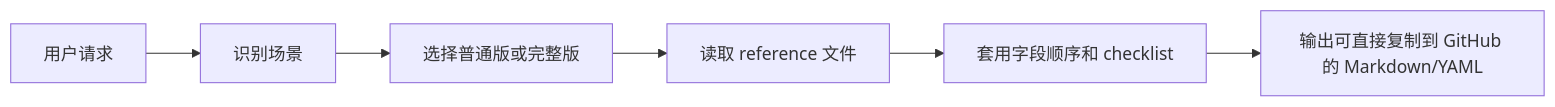
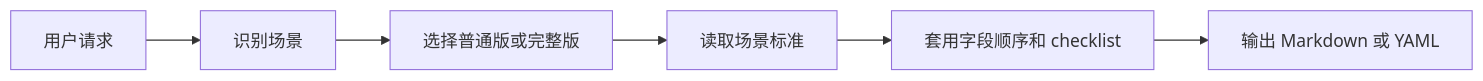
The first of 2 diagrams in README.md (PINKIIILQWQ/oh-my-gh-writing), drawn with Mermaid before and after one commit. The commit also changed other lines of this file and 2 other files, not shown here.

````diff
--- a/README.md
+++ b/README.md
@@ -114,8 +88,8 @@
 ```mermaid
 flowchart LR
   A["用户请求"] --> B["识别场景"]
   B --> C["选择普通版或完整版"]
-  C --> D["读取 reference 文件"]
+  C --> D["读取场景标准"]
   D --> E["套用字段顺序和 checklist"]
-  E --> F["输出可直接复制到 GitHub 的 Markdown/YAML"]
+  E --> F["输出 Markdown 或 YAML"]
 ```
````
